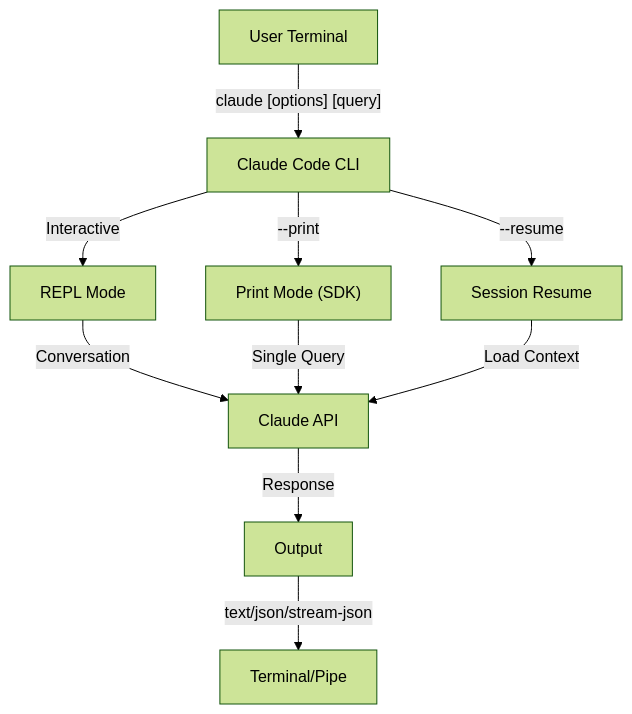
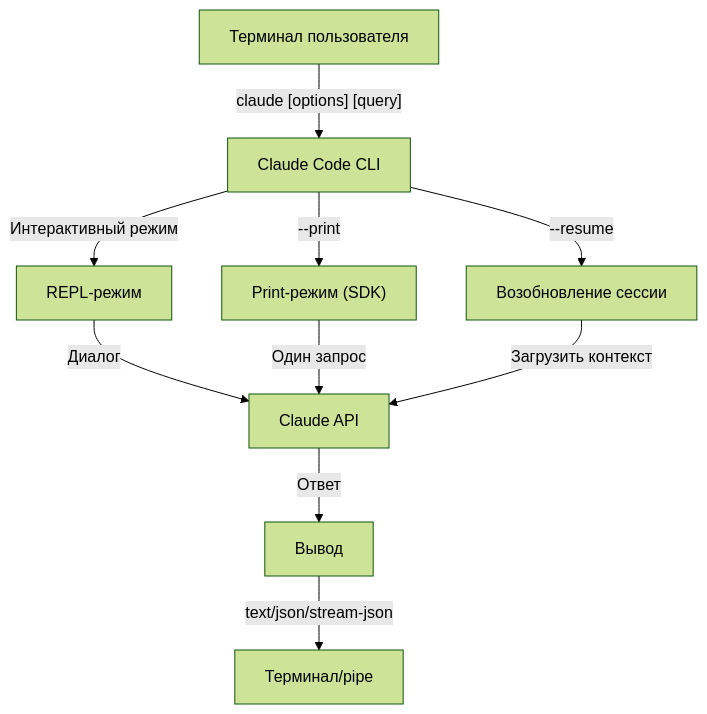
Before and after one commit to srpvpn/claude-howto-ru: the first of 2 diagrams in 10-cli/README.md, drawn with Mermaid (forest theme). The commit also changed other lines of this file and 2 other files, not shown here.

````diff
--- a/10-cli/README.md
+++ b/10-cli/README.md
@@ -14,12 +14,12 @@
 ```mermaid
 graph TD
-    A["User Terminal"] -->|"claude [options] [query]"| B["Claude Code CLI"]
-    B -->|Interactive| C["REPL Mode"]
-    B -->|"--print"| D["Print Mode (SDK)"]
-    B -->|"--resume"| E["Session Resume"]
-    C -->|Conversation| F["Claude API"]
-    D -->|Single Query| F
-    E -->|Load Context| F
-    F -->|Response| G["Output"]
-    G -->|text/json/stream-json| H["Terminal/Pipe"]
+    A["Терминал пользователя"] -->|"claude [options] [query]"| B["Claude Code CLI"]
+    B -->|Интерактивный режим| C["REPL-режим"]
+    B -->|"--print"| D["Print-режим (SDK)"]
+    B -->|"--resume"| E["Возобновление сессии"]
+    C -->|Диалог| F["Claude API"]
+    D -->|Один запрос| F
+    E -->|Загрузить контекст| F
+    F -->|Ответ| G["Вывод"]
+    G -->|text/json/stream-json| H["Терминал/pipe"]
 ```
````
